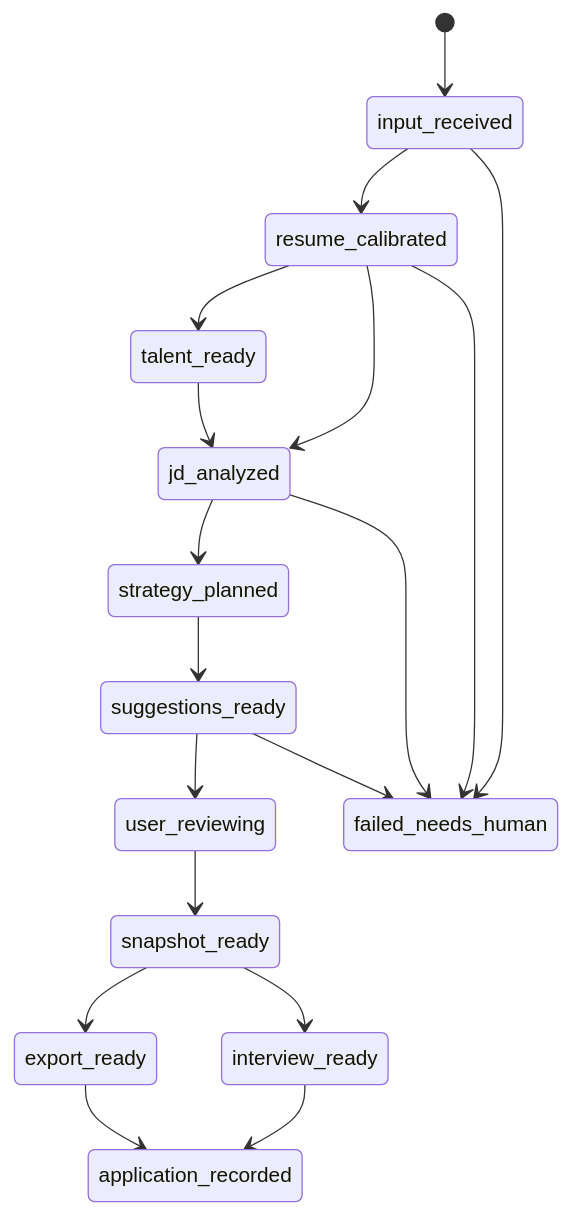
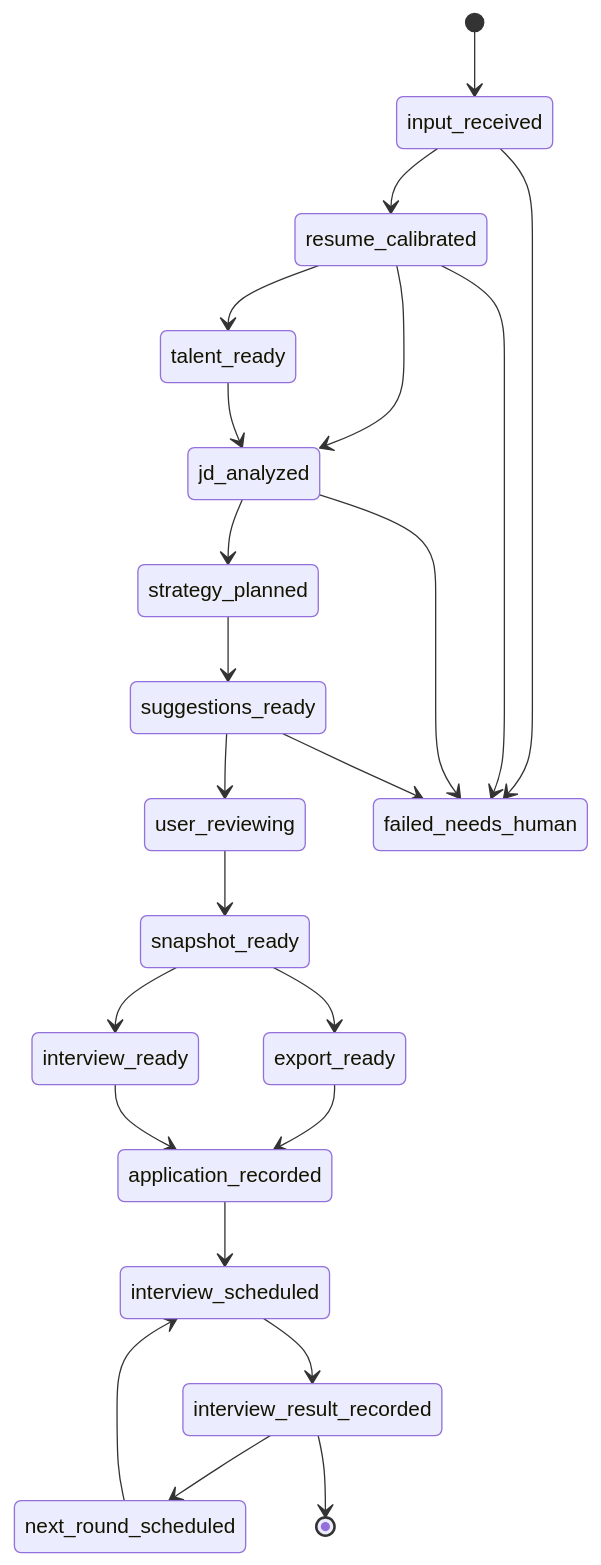
Before and after one commit to shiyoungwoo/OfferYou: the third of 3 diagrams in docs/product/OfferYou-Architecture.md, drawn with Mermaid. The commit also changed other lines of this file and 221 other files, not shown here.

````diff
--- a/docs/product/OfferYou-Architecture.md
+++ b/docs/product/OfferYou-Architecture.md
@@ -72,20 +78,25 @@
 ```mermaid
 stateDiagram-v2
   [*] --> input_received
   input_received --> resume_calibrated
   resume_calibrated --> talent_ready
   resume_calibrated --> jd_analyzed
   talent_ready --> jd_analyzed
   jd_analyzed --> strategy_planned
   strategy_planned --> suggestions_ready
   suggestions_ready --> user_reviewing
   user_reviewing --> snapshot_ready
   snapshot_ready --> export_ready
   snapshot_ready --> interview_ready
   export_ready --> application_recorded
   interview_ready --> application_recorded
+  application_recorded --> interview_scheduled
+  interview_scheduled --> interview_result_recorded
+  interview_result_recorded --> next_round_scheduled
+  interview_result_recorded --> [*]
+  next_round_scheduled --> interview_scheduled
   input_received --> failed_needs_human
   resume_calibrated --> failed_needs_human
   jd_analyzed --> failed_needs_human
   suggestions_ready --> failed_needs_human
 ```
````
